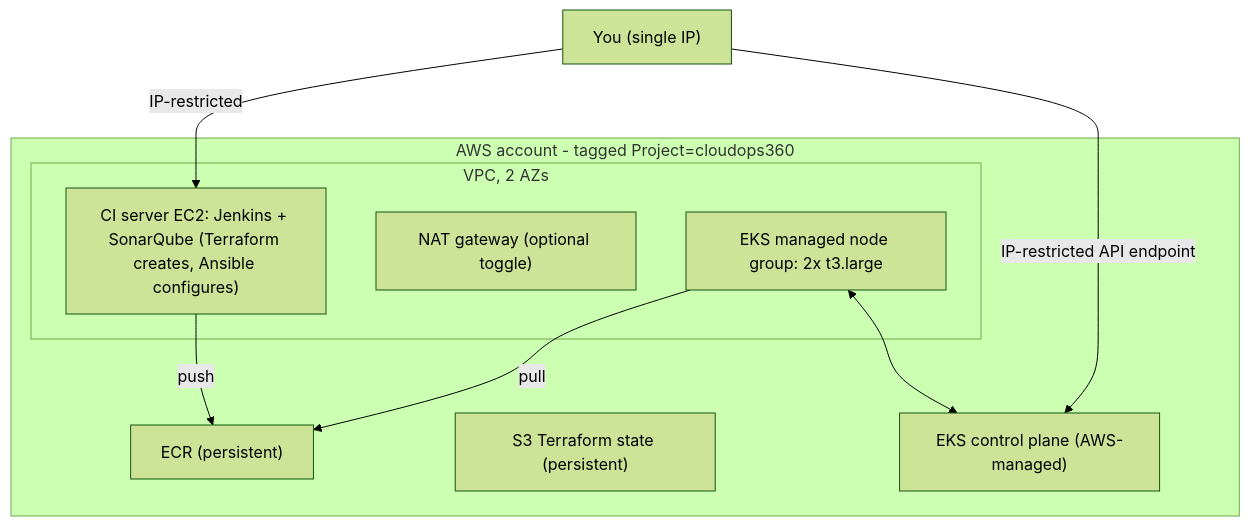
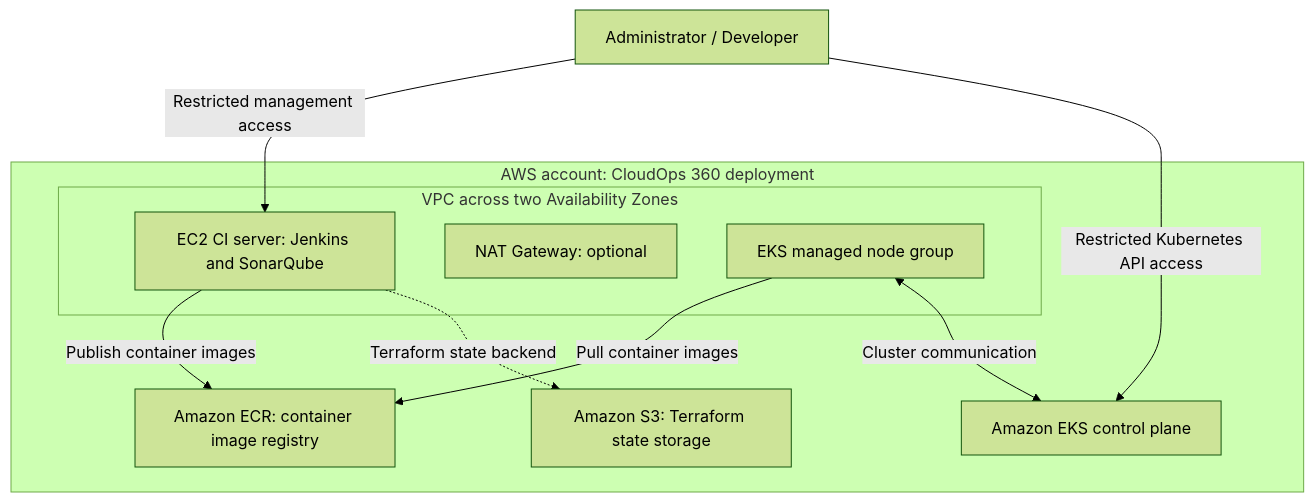
One commit to kantamnenimanusha/cloudops-360 changed the fourth of 4 diagrams in docs/architecture.md. Above: the diagram before and after it, drawn with Mermaid (forest theme). The commit also changed other lines of this file and 49 other files, not shown here.

Commit message:
docs: consolidate GitOps configuration and update project documentation

````diff
--- a/docs/architecture.md
+++ b/docs/architecture.md
@@ -76,19 +118,24 @@
 ```mermaid
 flowchart TB
-    ME["You (single IP)"]
-    subgraph AWS["AWS account - tagged Project=cloudops360"]
-        ECR["ECR (persistent)"]
-        S3["S3 Terraform state (persistent)"]
-        subgraph VPC["VPC, 2 AZs"]
-            CI["CI server EC2: Jenkins + SonarQube (Terraform creates, Ansible configures)"]
-            NAT["NAT gateway (optional toggle)"]
-            NG["EKS managed node group: 2x t3.large"]
+    USER["Administrator / Developer"]
+
+    subgraph AWS["AWS account: CloudOps 360 deployment"]
+        ECR["Amazon ECR: container image registry"]
+        S3["Amazon S3: Terraform state storage"]
+
+        subgraph VPC["VPC across two Availability Zones"]
+            CI["EC2 CI server: Jenkins and SonarQube"]
+            NAT["NAT Gateway: optional"]
+            NG["EKS managed node group"]
         end
-        CP["EKS control plane (AWS-managed)"]
+
+        CP["Amazon EKS control plane"]
     end
-    ME -->|"IP-restricted"| CI
-    ME -->|"IP-restricted API endpoint"| CP
-    CI -->|push| ECR
-    NG -->|pull| ECR
-    NG <--> CP
+
+    USER -->|"Restricted management access"| CI
+    USER -->|"Restricted Kubernetes API access"| CP
+    CI -->|"Publish container images"| ECR
+    NG -->|"Pull container images"| ECR
+    NG <-->|"Cluster communication"| CP
+    CI -.->|"Terraform state backend"| S3
 ```
````
